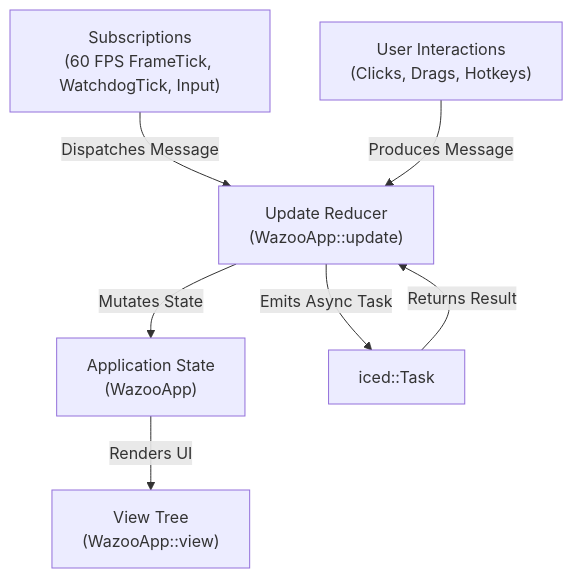
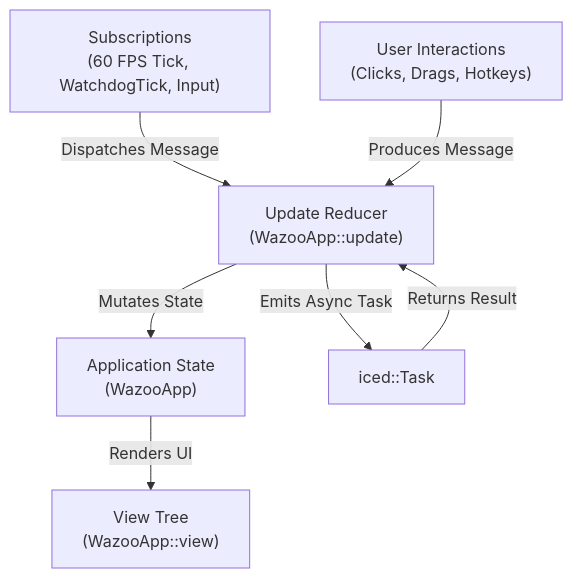
The first of 2 diagrams in docs/wazoo-app.md (alkali-softworks/wazoo), drawn with Mermaid before and after one commit. The commit also changed other lines of this file and 5 other files, not shown here.

````diff
--- a/docs/wazoo-app.md
+++ b/docs/wazoo-app.md
@@ -36,9 +36,9 @@
 ```mermaid
 graph TD
-    Sub["Subscriptions<br/>(60 FPS FrameTick, WatchdogTick, Input)"] -->|Dispatches Message| Update["Update Reducer<br/>(WazooApp::update)"]
+    Sub["Subscriptions<br/>(60 FPS Tick, WatchdogTick, Input)"] -->|Dispatches Message| Update["Update Reducer<br/>(WazooApp::update)"]
     User["User Interactions<br/>(Clicks, Drags, Hotkeys)"] -->|Produces Message| Update
     Update -->|Mutates State| State["Application State<br/>(WazooApp)"]
     Update -->|Emits Async Task| Task["iced::Task<Message>"]
     Task -->|Returns Result| Update
     State -->|Renders UI| View["View Tree<br/>(WazooApp::view)"]
 ```
````
